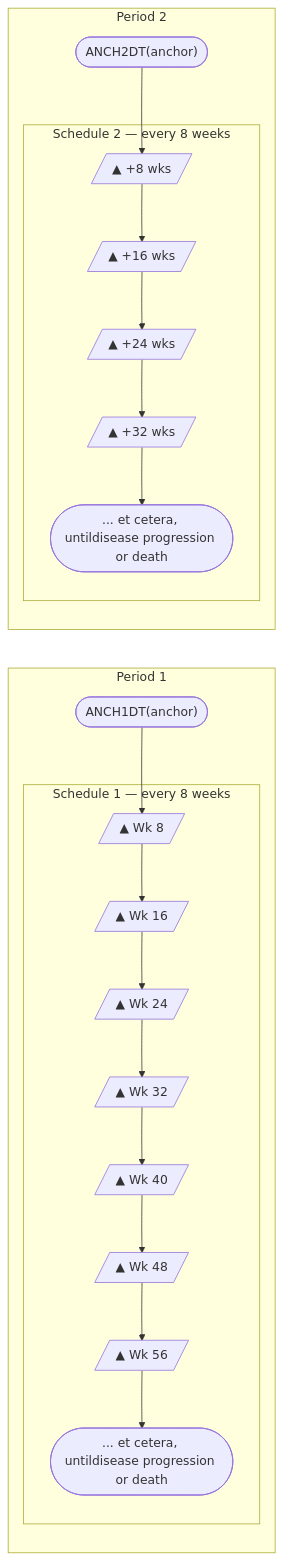
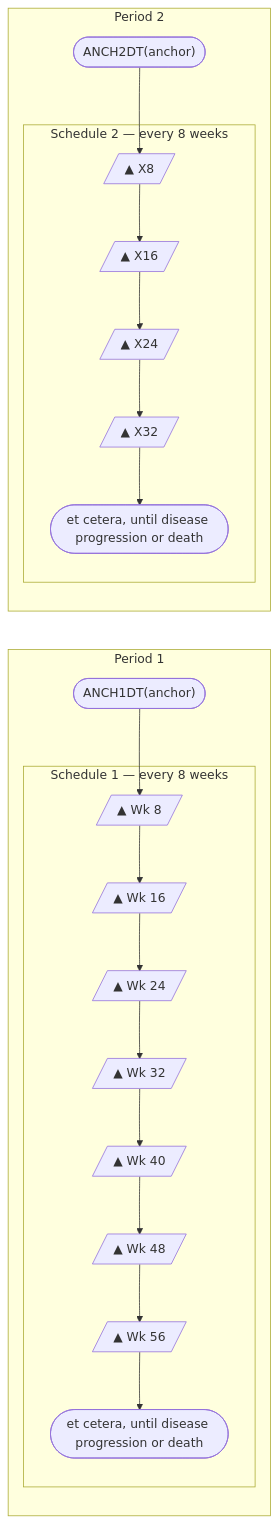
The second of 3 diagrams in knowledge_base/domains/TD/examples.md (hakupao/sdtm-pedia), drawn with Mermaid before and after one commit. The commit also changed other lines of this file and 17 other files, not shown here.

First line of the commit message:
fix(kb): Tier B scan batch S-TDM — TA/TD/TM full scan (TD desc/spec/assum + asm 1 completion, Mermaid relabel + D6, spec footnotes + CT *) vs SDTMIG v3.4 (PASS; local)

````diff
--- a/knowledge_base/domains/TD/examples.md
+++ b/knowledge_base/domains/TD/examples.md
@@ -58,29 +62,29 @@
 ```mermaid
 graph LR
     subgraph P1["Period 1"]
         ANCH1DT(["ANCH1DT(anchor)"])
         subgraph S1["Schedule 1 — every 8 weeks"]
             A8[/"▲ Wk 8"/]
             A16[/"▲ Wk 16"/]
             A24[/"▲ Wk 24"/]
             A32[/"▲ Wk 32"/]
             A40[/"▲ Wk 40"/]
             A48[/"▲ Wk 48"/]
             A56[/"▲ Wk 56"/]
-            ETC1(["... et cetera, untildisease progression or death"])
+            ETC1(["et cetera, until disease progression or death"])
         end
         ANCH1DT --> A8 --> A16 --> A24 --> A32 --> A40 --> A48 --> A56 --> ETC1
     end
 
     subgraph P2["Period 2"]
         ANCH2DT(["ANCH2DT(anchor)"])
         subgraph S2["Schedule 2 — every 8 weeks"]
-            B8[/"▲ +8 wks"/]
-            B16[/"▲ +16 wks"/]
-            B24[/"▲ +24 wks"/]
-            B32[/"▲ +32 wks"/]
-            ETC2(["... et cetera, untildisease progression or death"])
+            B8[/"▲ X8"/]
+            B16[/"▲ X16"/]
+            B24[/"▲ X24"/]
+            B32[/"▲ X32"/]
+            ETC2(["et cetera, until disease progression or death"])
         end
         ANCH2DT --> B8 --> B16 --> B24 --> B32 --> ETC2
     end
 ```
````
